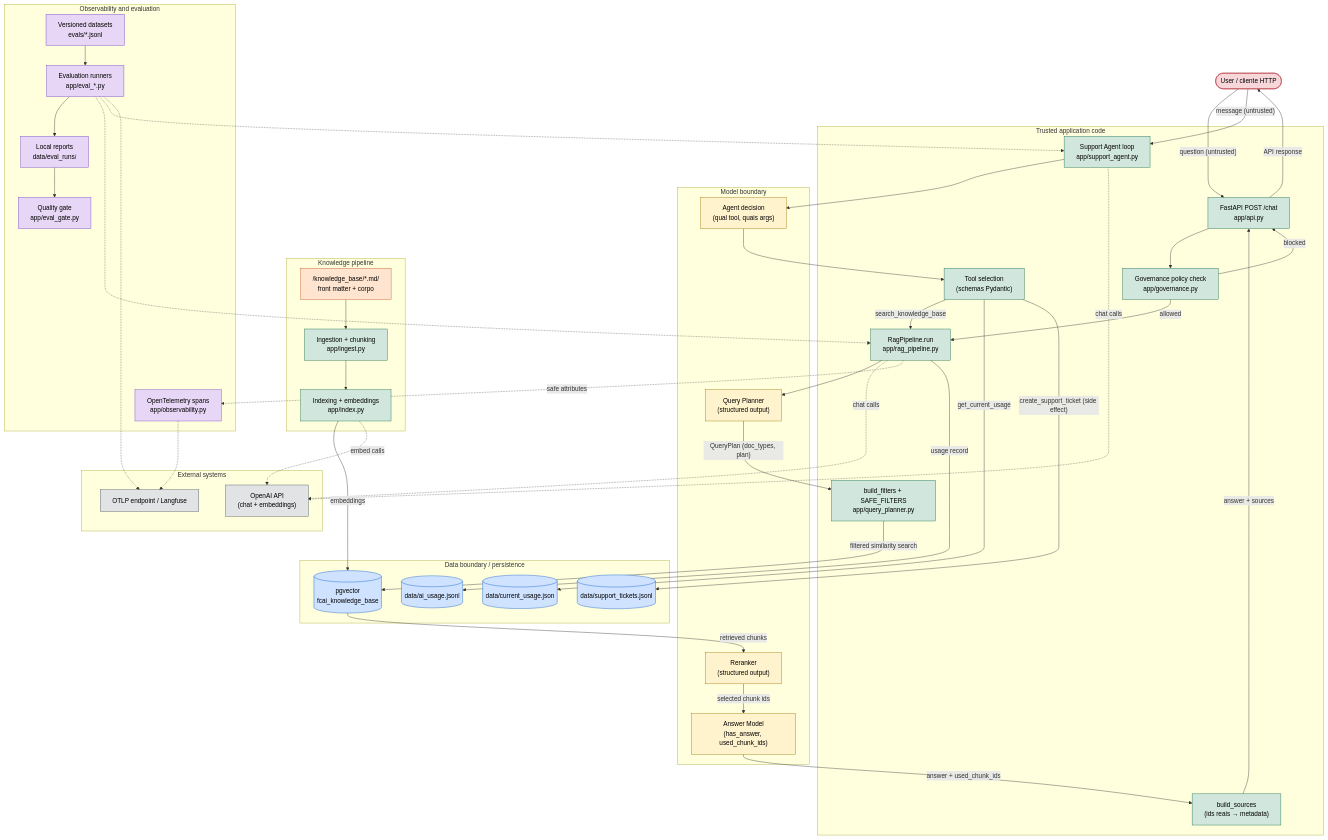
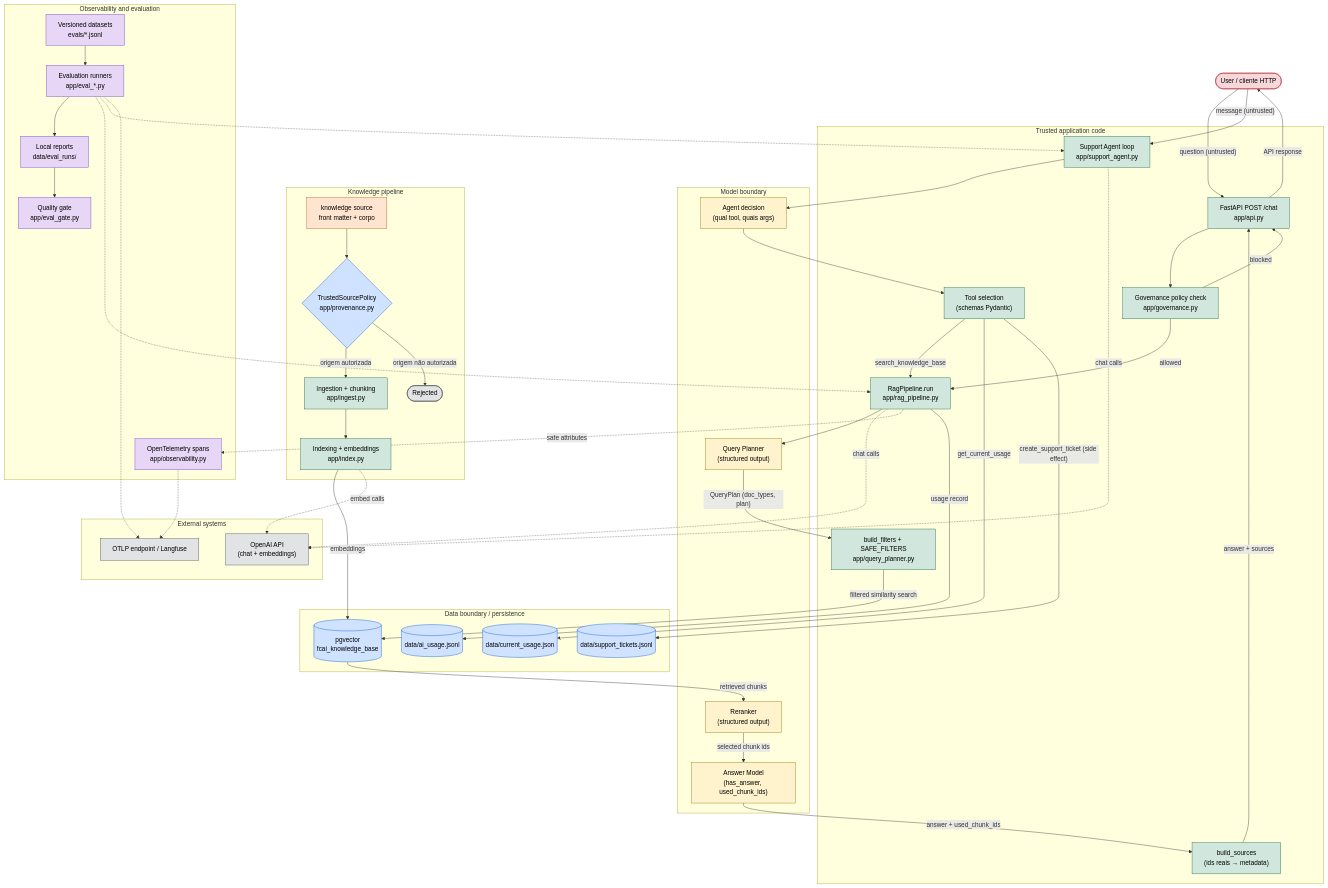
One commit to james-freitas/mba-ia-rag-fullcycle changed the third of 4 diagrams in docs/security-threat-model.md. Above: the diagram before and after it, drawn with Mermaid. The commit also changed other lines of this file, not shown here.

````diff
--- a/docs/security-threat-model.md
+++ b/docs/security-threat-model.md
@@ -210,7 +222,9 @@
     end
 
     subgraph KB[Knowledge pipeline]
-        FILES["/knowledge_base/*.md/<br/>front matter + corpo"]:::retrieved
+        FILES["knowledge source<br/>front matter + corpo"]:::retrieved
+        POL{"TrustedSourcePolicy<br/>app/provenance.py"}:::control
+        REJ([Rejected]):::reject
         ING["Ingestion + chunking<br/>app/ingest.py"]:::trusted
         IDX["Indexing + embeddings<br/>app/index.py"]:::trusted
     end
@@ -249,7 +263,9 @@
     API -->|"API response"| User
     PIPE -.->|"chat calls"| OAI
 
-    FILES --> ING --> IDX -->|"embeddings"| PG
+    FILES --> POL
+    POL -->|"origem autorizada"| ING --> IDX -->|"embeddings"| PG
+    POL -->|"origem não autorizada"| REJ
     IDX -.->|"embed calls"| OAI
 
     User -->|"message (untrusted)"| AG
@@ -275,4 +291,6 @@
     classDef data fill:#cfe2ff,stroke:#0a58ca,color:#000;
     classDef external fill:#e2e3e5,stroke:#495057,color:#000;
     classDef obs fill:#e7d6f5,stroke:#6f42c1,color:#000;
+    classDef control fill:#cfe2ff,stroke:#0a58ca,color:#000;
+    classDef reject fill:#e2e3e5,stroke:#41464b,color:#000;
 ```
````
